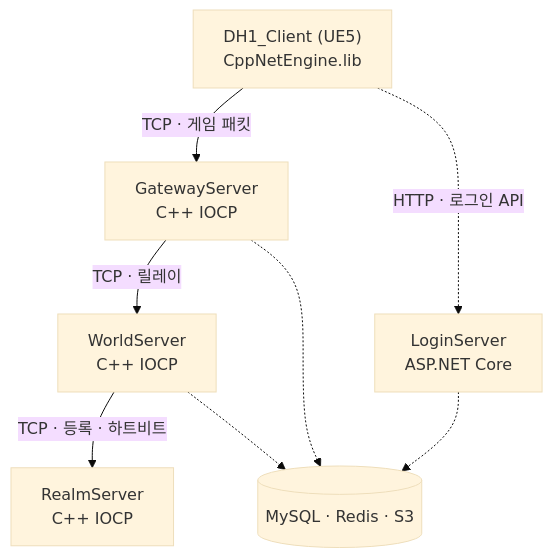
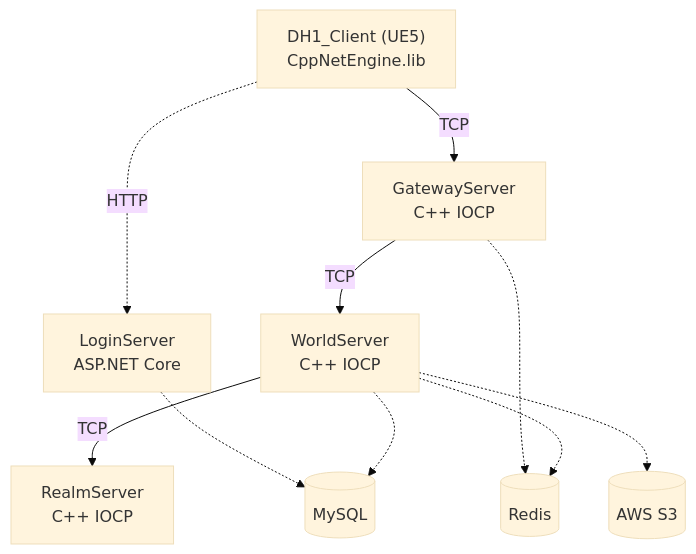
The first of 7 diagrams in README.md (jch5158/DH1_MMORPG), drawn with Mermaid (base theme) before and after one commit.

Commit message:
docs: 시스템 아키텍처 다이어그램 수정 — MySQL/Redis/S3 별도 도형 분리, 서버별 실제 연결 반영

````diff
--- a/README.md
+++ b/README.md
@@ -30,12 +30,18 @@
 ```mermaid
 flowchart TB
     C["DH1_Client (UE5)\nCppNetEngine.lib"]
 
-    C -->|"TCP · 게임 패킷"| G["GatewayServer\nC++ IOCP"]
-    C -.->|"HTTP · 로그인 API"| L["LoginServer\nASP.NET Core"]
+    C -->|"TCP"| G["GatewayServer\nC++ IOCP"]
+    C -.->|"HTTP"| L["LoginServer\nASP.NET Core"]
 
-    G -->|"TCP · 릴레이"| W["WorldServer\nC++ IOCP"]
-    W -->|"TCP · 등록 · 하트비트"| R["RealmServer\nC++ IOCP"]
+    G -->|"TCP"| W["WorldServer\nC++ IOCP"]
+    W -->|"TCP"| R["RealmServer\nC++ IOCP"]
 
-    G & W & L -.-> D[(MySQL · Redis · S3)]
+    DB[(MySQL)]
+    RD[(Redis)]
+    S3[(AWS S3)]
+
+    L -.-> DB
+    G -.-> RD
+    W -.-> DB & RD & S3
 ```
````
